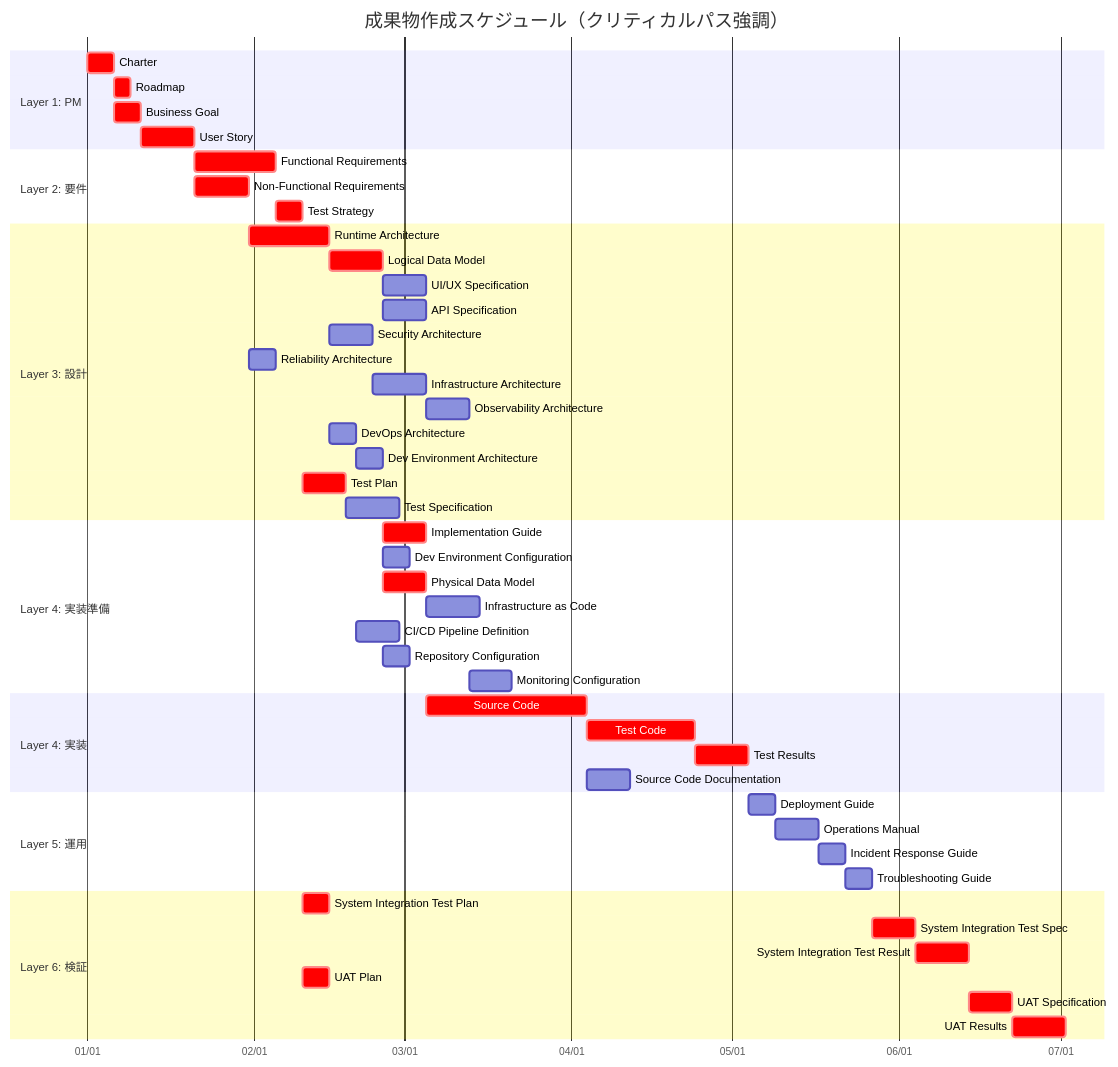
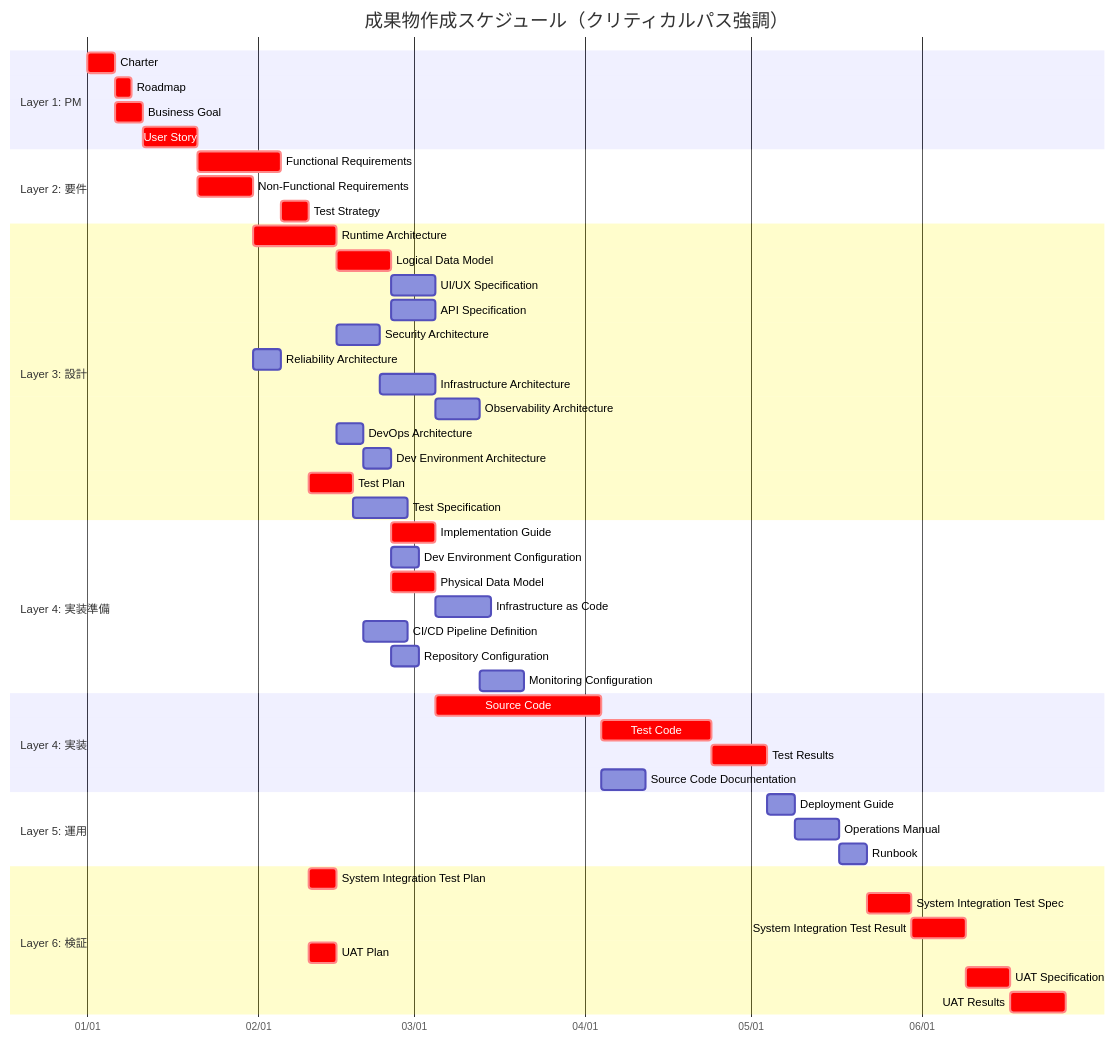
Before and after one commit to mahitotsu/ukiyoue: diagram 15 of 15 in specs/artifact-relationships.md, drawn with Mermaid. The commit also changed other lines of this file and 6 other files, not shown here.

First line of the commit message:
docs: consolidate Incident Response + Troubleshooting → Runbook

````diff
--- a/specs/artifact-relationships.md
+++ b/specs/artifact-relationships.md
@@ -607,60 +616,59 @@
 ```mermaid
 gantt
     title 成果物作成スケジュール（クリティカルパス強調）
     dateFormat YYYY-MM-DD
     axisFormat %m/%d
 
     section Layer 1: PM
     Charter                       :crit, charter, 2025-01-01, 5d
     Roadmap                       :crit, roadmap, after charter, 3d
     Business Goal                 :crit, bizgoal, after charter, 5d
     User Story                    :crit, userstory, after bizgoal, 10d
 
     section Layer 2: 要件
     Functional Requirements       :crit, func, after userstory, 15d
     Non-Functional Requirements   :crit, nonfunc, after bizgoal userstory, 10d
     Test Strategy                 :crit, teststrat, after func nonfunc, 5d
 
     section Layer 3: 設計
     Runtime Architecture          :crit, runtime, after nonfunc, 15d
     Logical Data Model            :crit, datamodel, after func runtime, 10d
     UI/UX Specification           :ui, after func datamodel, 8d
     API Specification             :api, after runtime datamodel, 8d
     Security Architecture         :security, after nonfunc runtime, 8d
     Reliability Architecture      :reliability, after nonfunc, 5d
     Infrastructure Architecture   :infra, after reliability runtime security, 10d
     Observability Architecture    :observ, after runtime infra reliability, 8d
     DevOps Architecture           :devops, after runtime, 5d
     Dev Environment Architecture  :devenv, after runtime devops, 5d
     Test Plan                     :crit, testplan, after teststrat func nonfunc, 8d
     Test Specification            :testspec, after testplan func, 10d
 
     section Layer 4: 実装準備
     Implementation Guide          :crit, implguide, after runtime security devenv devops, 8d
     Dev Environment Configuration :devenvconf, after devenv, 5d
     Physical Data Model           :crit, physicaldata, after datamodel, 8d
     Infrastructure as Code        :iac, after infra, 10d
     CI/CD Pipeline Definition     :pipeline, after devops, 8d
     Repository Configuration      :repo, after devops devenv, 5d
     Monitoring Configuration      :monitoring, after observ, 8d
 
     section Layer 4: 実装
     Source Code                   :crit, code, after func implguide ui api physicaldata repo devenvconf, 30d
     Test Code                     :crit, testcode, after testspec code, 20d
     Test Results                  :crit, testresult, after testcode, 10d
     Source Code Documentation     :codedoc, after code, 8d
 
     section Layer 5: 運用
     Deployment Guide              :deploy, after iac pipeline testresult, 5d
     Operations Manual             :manual, after deploy monitoring testresult, 8d
-    Incident Response Guide       :incident, after observ manual, 5d
-    Troubleshooting Guide         :trouble, after codedoc incident, 5d
+    Runbook                       :runbook, after observ manual codedoc, 5d
 
     section Layer 6: 検証
     System Integration Test Plan  :crit, sitplan, after teststrat func nonfunc, 5d
-    System Integration Test Spec  :crit, sitspec, after sitplan func deploy manual incident trouble, 8d
+    System Integration Test Spec  :crit, sitspec, after sitplan func deploy manual runbook, 8d
     System Integration Test Result :crit, sitresult, after sitspec, 10d
     UAT Plan                      :crit, uatplan, after teststrat biz func, 5d
     UAT Specification             :crit, uatspec, after uatplan biz func sitresult, 8d
     UAT Results                   :crit, uatresult, after uatspec, 10d
 ```
````
